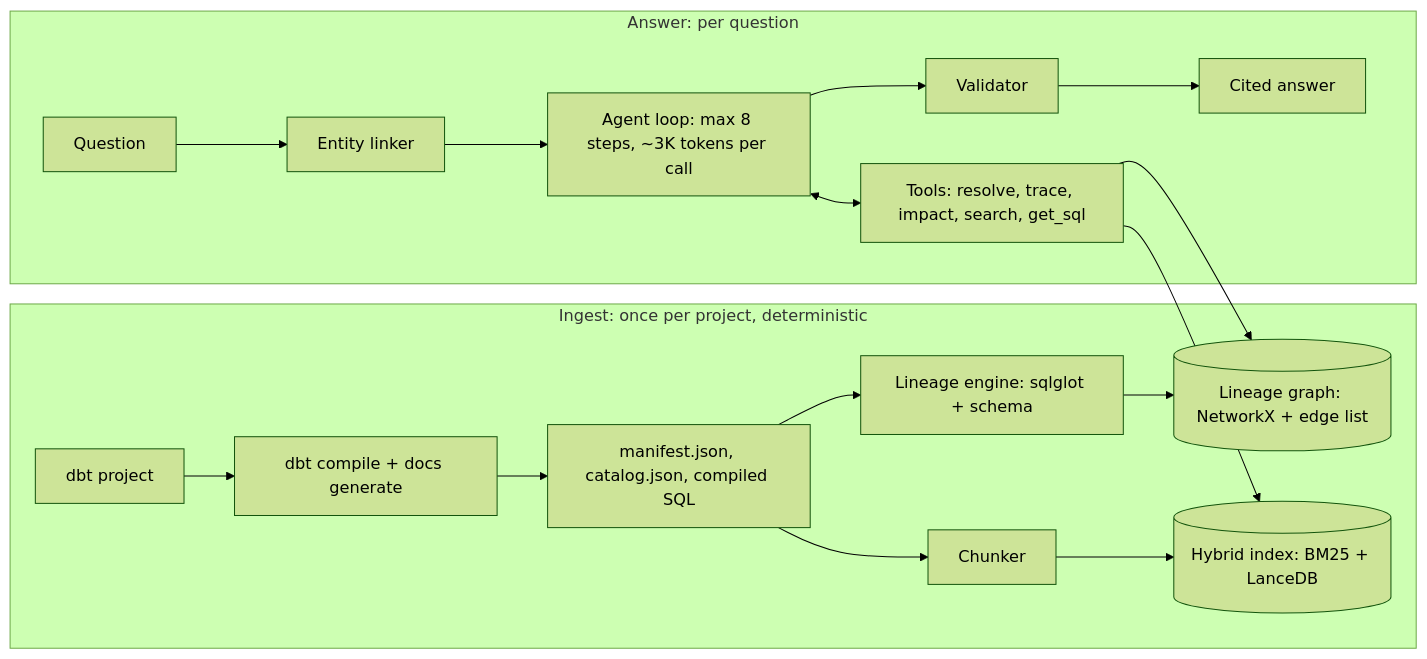
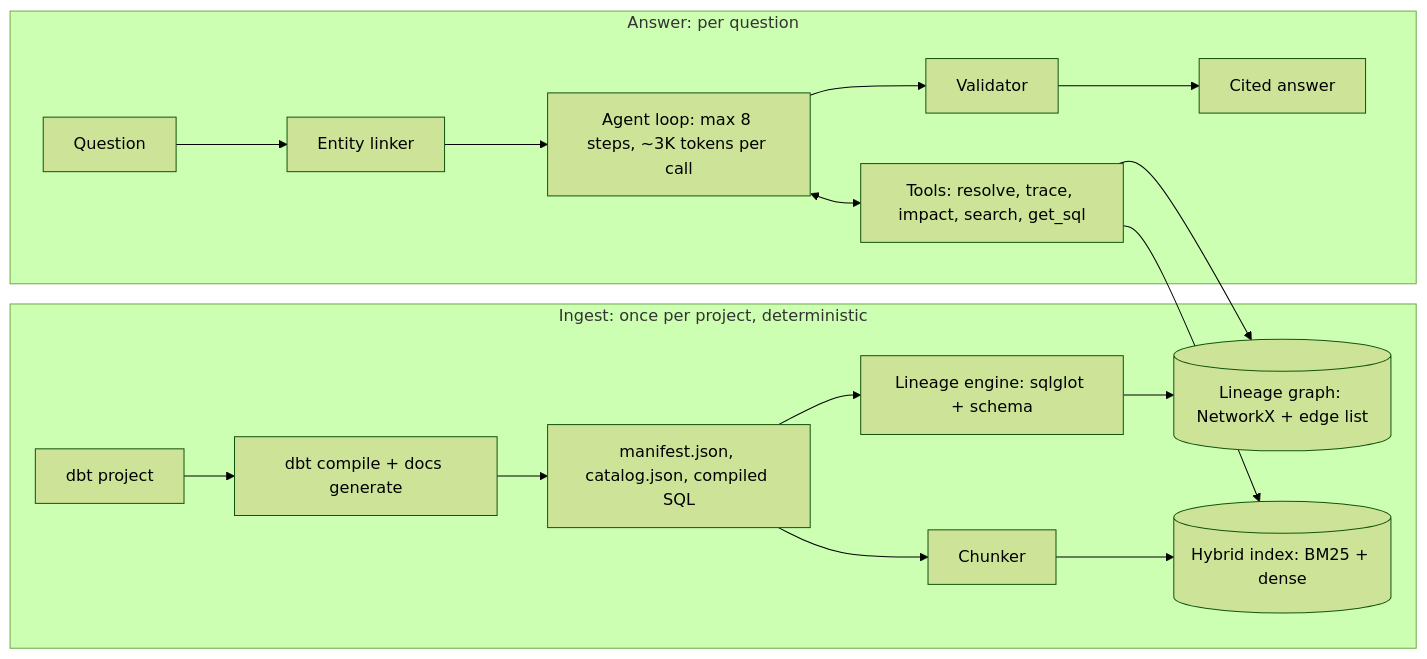
Before and after one commit to harshith769/dlens: the diagram in docs/DLENS_SPEC.md, drawn with Mermaid (forest theme). The commit also changed other lines of this file and 17 other files, not shown here.

````diff
--- a/docs/DLENS_SPEC.md
+++ b/docs/DLENS_SPEC.md
@@ -182,20 +201,20 @@
 ```mermaid
 flowchart LR
   subgraph Ingest["Ingest: once per project, deterministic"]
     P[dbt project] --> C["dbt compile + docs generate"]
     C --> A["manifest.json, catalog.json, compiled SQL"]
     A --> L["Lineage engine: sqlglot + schema"]
     L --> G[("Lineage graph: NetworkX + edge list")]
     A --> K[Chunker]
-    K --> I[("Hybrid index: BM25 + LanceDB")]
+    K --> I[("Hybrid index: BM25 + dense")]
   end
   subgraph Answer["Answer: per question"]
     Q[Question] --> E[Entity linker]
     E --> AG["Agent loop: max 8 steps, ~3K tokens per call"]
     AG <--> T["Tools: resolve, trace, impact, search, get_sql"]
     T --> G
     T --> I
     AG --> V[Validator]
     V --> R["Cited answer"]
   end
 ```
````
